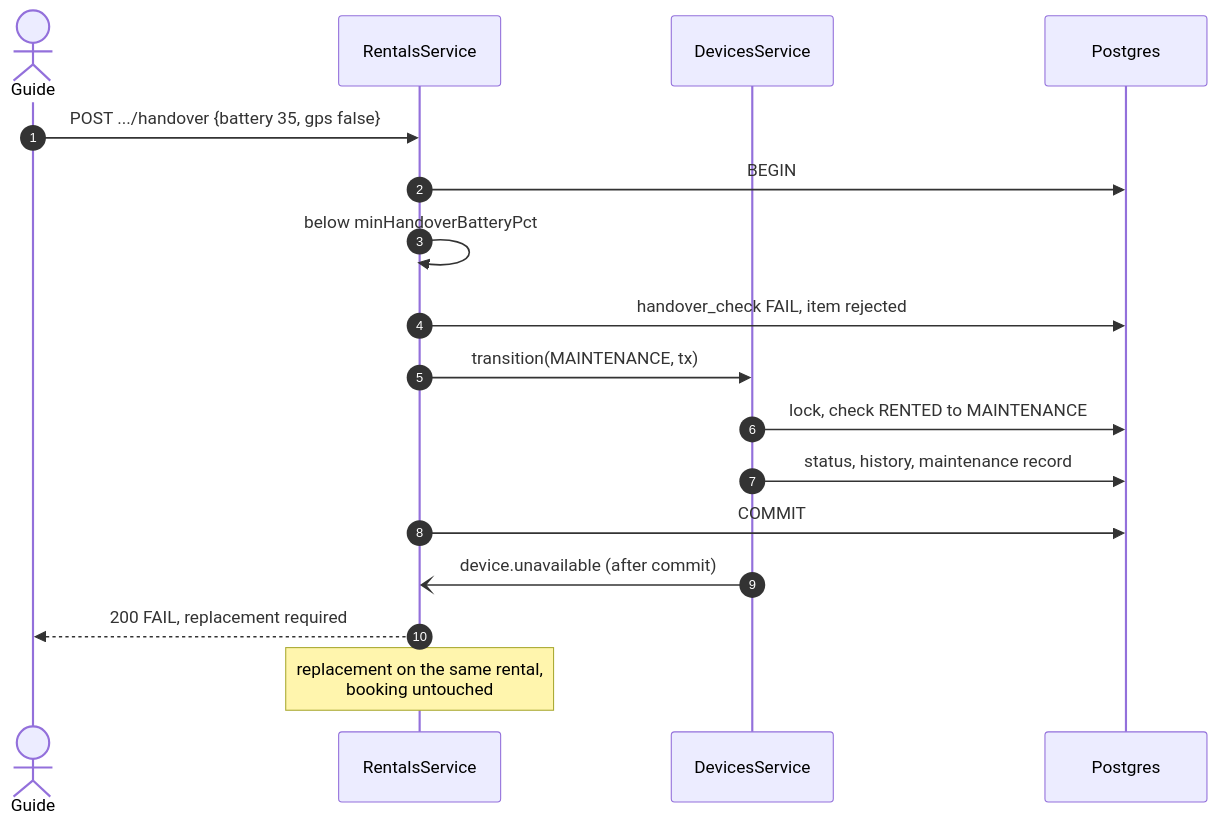
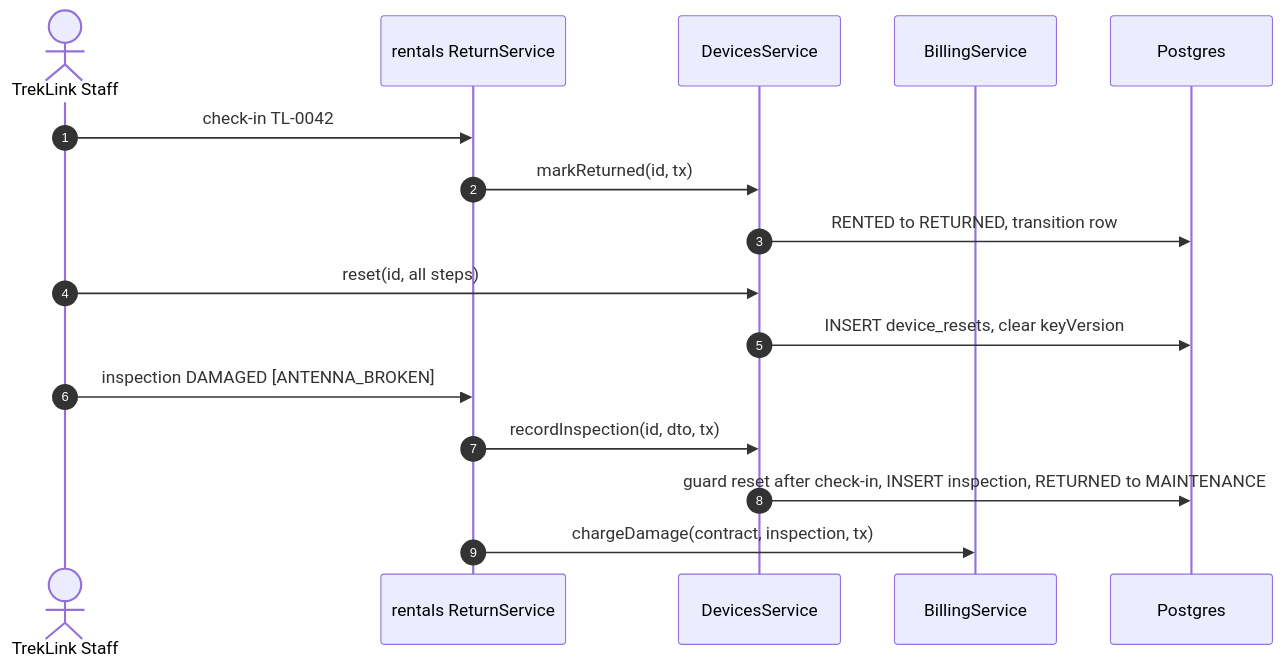
The third of 3 diagrams in specs/devices/design.md (TrekLink-Team/treklink-web), drawn with Mermaid before and after one commit. The commit also changed other lines of this file and 367 other files, not shown here.

First line of the commit message:
docs: rewrite the module specs and schema from the rescoped SRS

````diff
--- a/specs/devices/design.md
+++ b/specs/devices/design.md
@@ -226,19 +119,18 @@
 ```mermaid
 sequenceDiagram
     autonumber
-    actor G as Guide
-    participant R as RentalsService
+    actor S as TrekLink Staff
+    participant R as rentals ReturnService
     participant D as DevicesService
+    participant B as BillingService
     participant DB as Postgres
-    G->>R: POST .../handover {battery 35, gps false}
-    R->>DB: BEGIN
-    R->>R: below minHandoverBatteryPct
-    R->>DB: handover_check FAIL, item rejected
-    R->>D: transition(MAINTENANCE, tx)
-    D->>DB: lock, check RENTED to MAINTENANCE
-    D->>DB: status, history, maintenance record
-    R->>DB: COMMIT
-    D-)R: device.unavailable (after commit)
-    R-->>G: 200 FAIL, replacement required
-    Note over R: replacement on the same rental,<br/>booking untouched
+    S->>R: check-in TL-0042
+    R->>D: markReturned(id, tx)
+    D->>DB: RENTED to RETURNED, transition row
+    S->>D: reset(id, all steps)
+    D->>DB: INSERT device_resets, clear keyVersion
+    S->>R: inspection DAMAGED [ANTENNA_BROKEN]
+    R->>D: recordInspection(id, dto, tx)
+    D->>DB: guard reset after check-in, INSERT inspection, RETURNED to MAINTENANCE
+    R->>B: chargeDamage(contract, inspection, tx)
 ```
````
